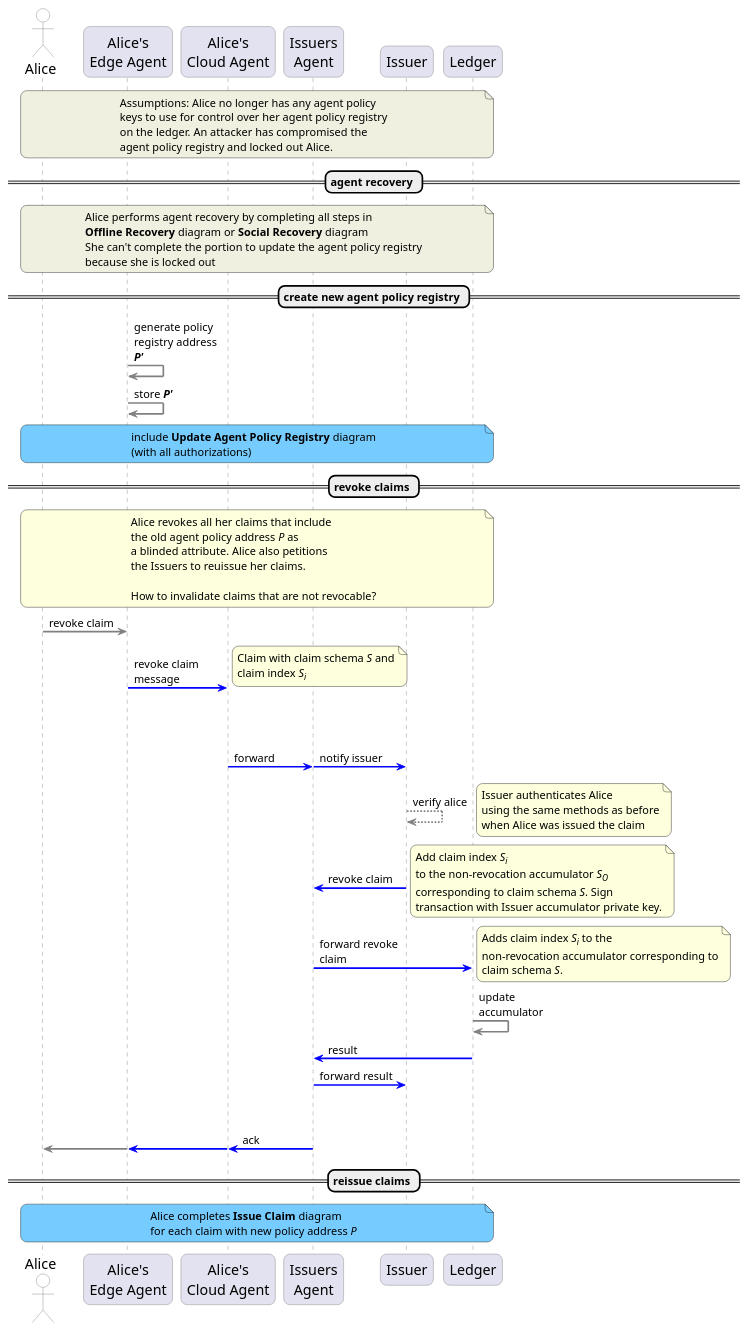
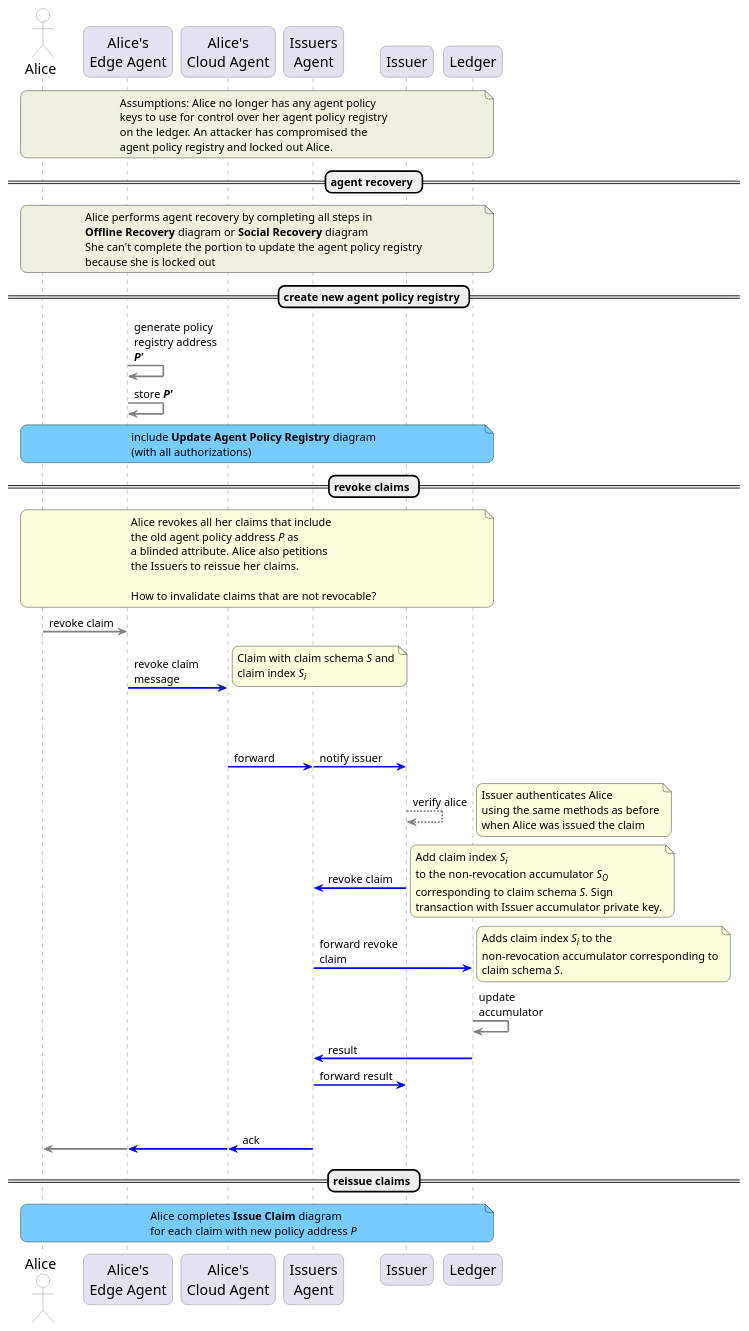
The diagram in doc/design/005-dkms/puml/recover-agent-policy-registry.puml (hyperledger-archives/indy-sdk), drawn with PlantUML before and after one commit. The commit also changed 81 other files, not shown here.

```diff
--- a/doc/design/005-dkms/puml/recover-agent-policy-registry.puml
+++ b/doc/design/005-dkms/puml/recover-agent-policy-registry.puml
@@ -1,114 +1,114 @@
 @startuml
 skinparam sequenceArrowThickness 2
 skinparam roundcorner 15
 skinparam maxmessagesize 100
 skinparam sequence {
 	ArrowColor grey
 	LifeLineBorderColor grey
     ParticipantBorderColor grey
 	boxbordercolor white
 	ParticipantFontSize 17
 	actorfontsize 17
 	boxfontsize 17
 	boxfontcolor grey
 	ActorBorderColor grey
     Actorbackgroundcolor white
 }
 
 actor Alice as al
 participant "Alice's\nEdge Agent" as aea
 participant "Alice's\nCloud Agent" as aca
 participant "Issuers\nAgent" as aci
 participant "Issuer" as iss
 participant "Ledger" as le
 note over al, le #f0f0e0
 Assumptions: Alice no longer has any agent policy
 keys to use for control over her agent policy registry
 on the ledger. An attacker has compromised the
 agent policy registry and locked out Alice.
 end note
 
 == agent recovery ==
 
 note over al, le #f0f0e0
 Alice performs agent recovery by completing all steps in
 <b>Offline Recovery</b> diagram or <b>Social Recovery</b> diagram
 She can't complete the portion to update the agent policy registry
 because she is locked out
 end note
 
 == create new agent policy registry ==
 
 aea -> aea: generate policy registry address **//P'//**
 aea -> aea: store **//P'//**
 
 note over al, le #77ccff
 include <b>Update Agent Policy Registry</b> diagram
 (with all authorizations)
 end note
 
 == revoke claims ==
 
 note over al, le
 Alice revokes all her claims that include
 the old agent policy address <i>P</i> as
 a blinded attribute. Alice also petitions
-the Issuers to reuissue her claims.
+the Issuers to reissue her claims.
 
 How to invalidate claims that are not revocable?
 end note
 
 al -> aea: revoke claim
 
 aea -[#blue]> aca: \nrevoke claim message
 note right
 Claim with claim schema <i>S</i> and
 claim index <i>S<sub>i</sub></i>
 end note
 
 par2
 aca -[#blue]>aci: \n\nforward
 else
 aci -[#blue]>iss:\n\nnotify issuer
 end
 
 iss --> iss: verify alice
 note right
 Issuer authenticates Alice
 using the same methods as before
 when Alice was issued the claim
 end note
 iss -[#blue]> aci: revoke claim
 note right
 Add claim index <i>S<sub>i</sub></i>
 to the non-revocation accumulator <i>S<sub>O</sub></i>
 corresponding to claim schema <i>S</i>. Sign
 transaction with Issuer accumulator private key.
 end note
 aci -[#blue]> le: forward revoke claim
 note right
 Adds claim index <i>S<sub>i</sub></i> to the
 non-revocation accumulator corresponding to
 claim schema <i>S</i>.
 end note
 le -> le: update accumulator
 le -[#blue]> aci: result
 
 aci -[#blue]> iss: forward result
 
 par2
 aci -[#blue]> aca: \nack
 else
 aca -[#blue]> aea: \n
 else
 aea -> al: \n
 end
 
 == reissue claims ==
 
 note over al, le #77ccff
 Alice completes <b>Issue Claim</b> diagram
 for each claim with new policy address <i>P</i>
 end note
 
 @enduml
```
